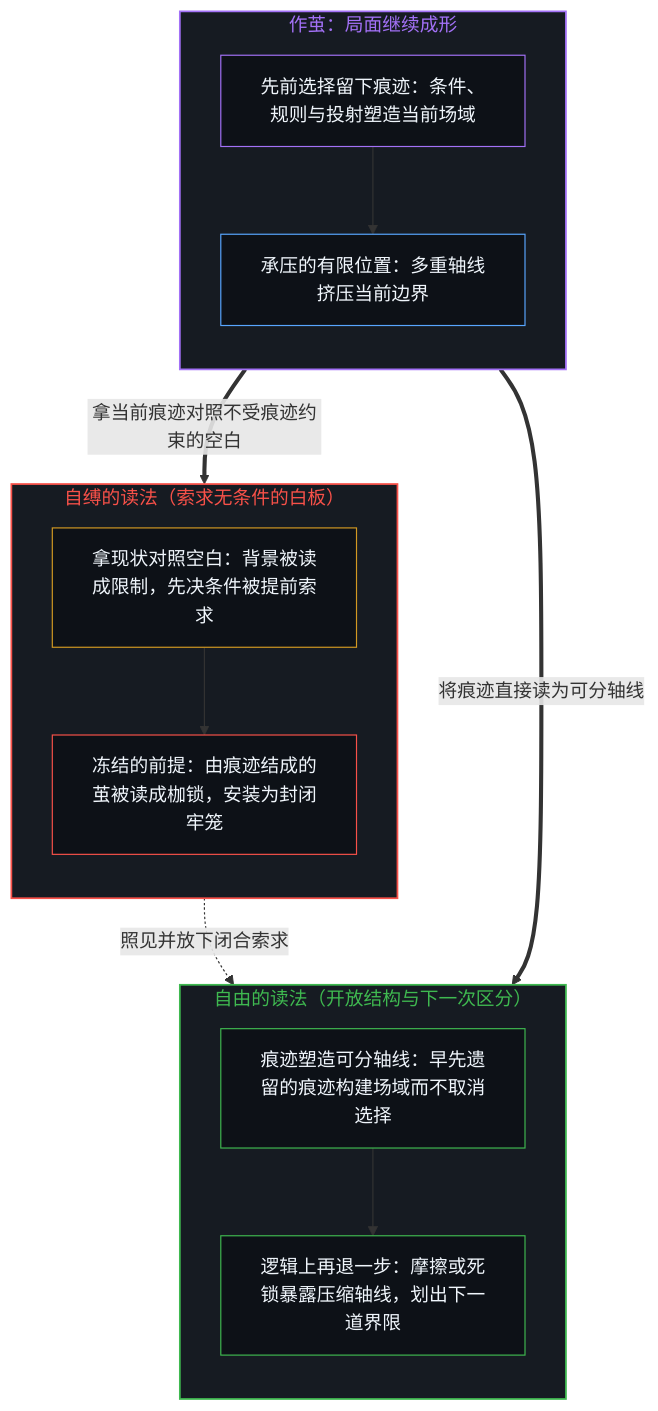
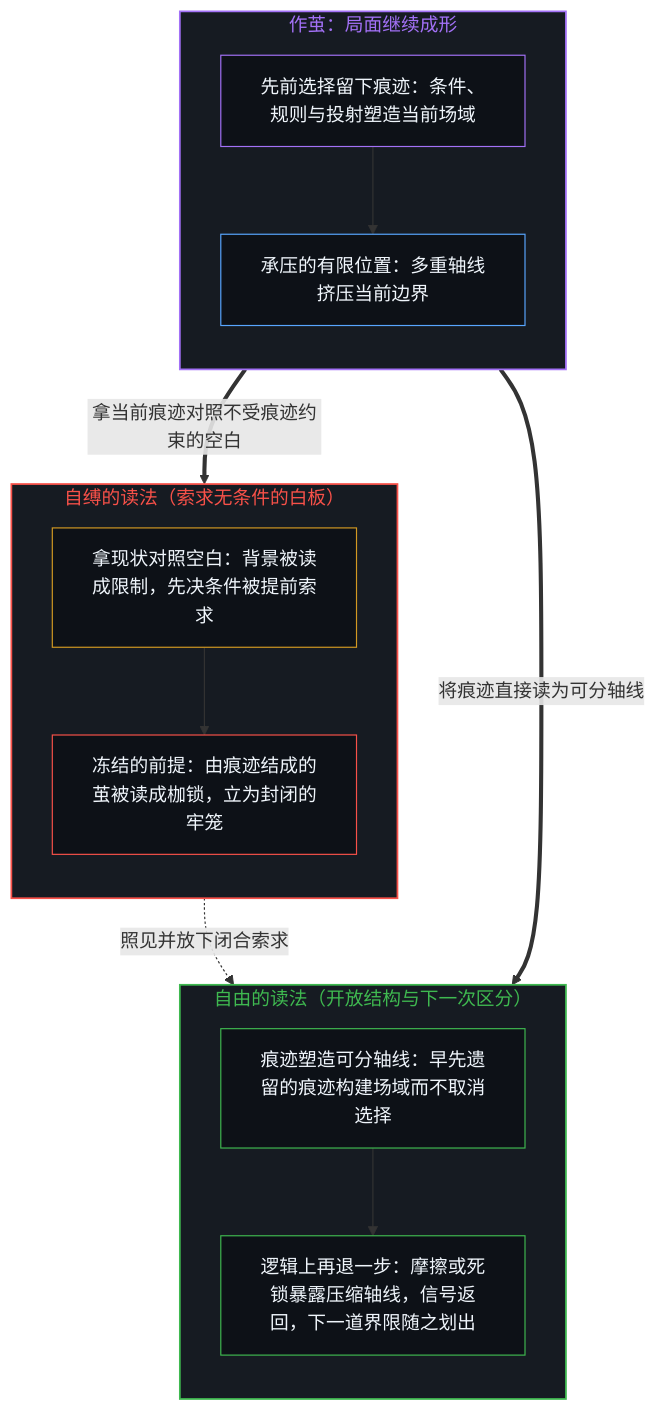
Before and after one commit to powerpig99/not-a-toe: the first of 2 diagrams in content/posts/zuo-jian-bu-shi-zi-fu.md, drawn with Mermaid. The commit also changed other lines of this file and 12 other files, not shown here.

````diff
--- a/content/posts/zuo-jian-bu-shi-zi-fu.md
+++ b/content/posts/zuo-jian-bu-shi-zi-fu.md
@@ -29,37 +29,33 @@
 ```mermaid
 flowchart TD
     subgraph S_Form["作茧：局面继续成形"]
         direction TB
         C["先前选择留下痕迹：条件、规则与投射塑造当前场域"]
         T["承压的有限位置：多重轴线挤压当前边界"]
         C --> T
     end
-
     subgraph S_Chain["自缚的读法（索求无条件的白板）"]
         direction TB
         B1["拿现状对照空白：背景被读成限制，先决条件被提前索求"]
-        B2["冻结的前提：由痕迹结成的茧被读成枷锁，安装为封闭牢笼"]
+        B2["冻结的前提：由痕迹结成的茧被读成枷锁，立为封闭的牢笼"]
         B1 --> B2
     end
-
     subgraph S_Free["自由的读法（开放结构与下一次区分）"]
         direction TB
         F1["痕迹塑造可分轴线：早先遗留的痕迹构建场域而不取消选择"]
-        F2["逻辑上再退一步：摩擦或死锁暴露压缩轴线，划出下一道界限"]
+        F2["逻辑上再退一步：摩擦或死锁暴露压缩轴线，信号返回，下一道界限随之划出"]
         F1 --> F2
     end
-
     T ==>|"将痕迹直接读为可分轴线"| F1
     T ==>|"拿当前痕迹对照不受痕迹约束的空白"| B1
     B2 -.->|"照见并放下闭合索求"| F1
-
     style S_Form fill:#161b22,stroke:#a371f7,stroke-width:1.5px,color:#a371f7
     style S_Chain fill:#161b22,stroke:#f85149,stroke-width:1.5px,color:#f85149
     style S_Free fill:#161b22,stroke:#3fb950,stroke-width:1.5px,color:#3fb950
     style C fill:#0d1117,stroke:#a371f7,stroke-width:1px,color:#f0f6fc
     style T fill:#0d1117,stroke:#58a6ff,stroke-width:1px,color:#f0f6fc
     style B1 fill:#0d1117,stroke:#d29922,stroke-width:1px,color:#f0f6fc
     style B2 fill:#0d1117,stroke:#f85149,stroke-width:1px,color:#f0f6fc
     style F1 fill:#0d1117,stroke:#3fb950,stroke-width:1px,color:#f0f6fc
     style F2 fill:#0d1117,stroke:#3fb950,stroke-width:1px,color:#f0f6fc
 ```
````
